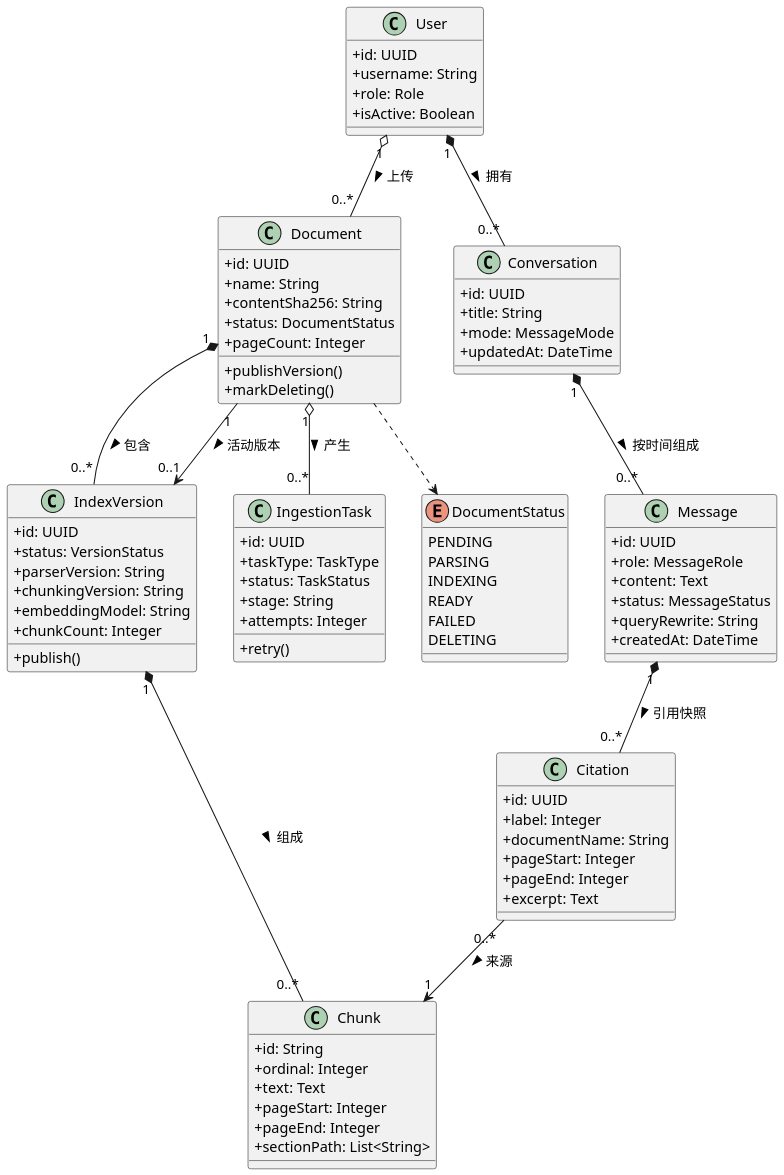
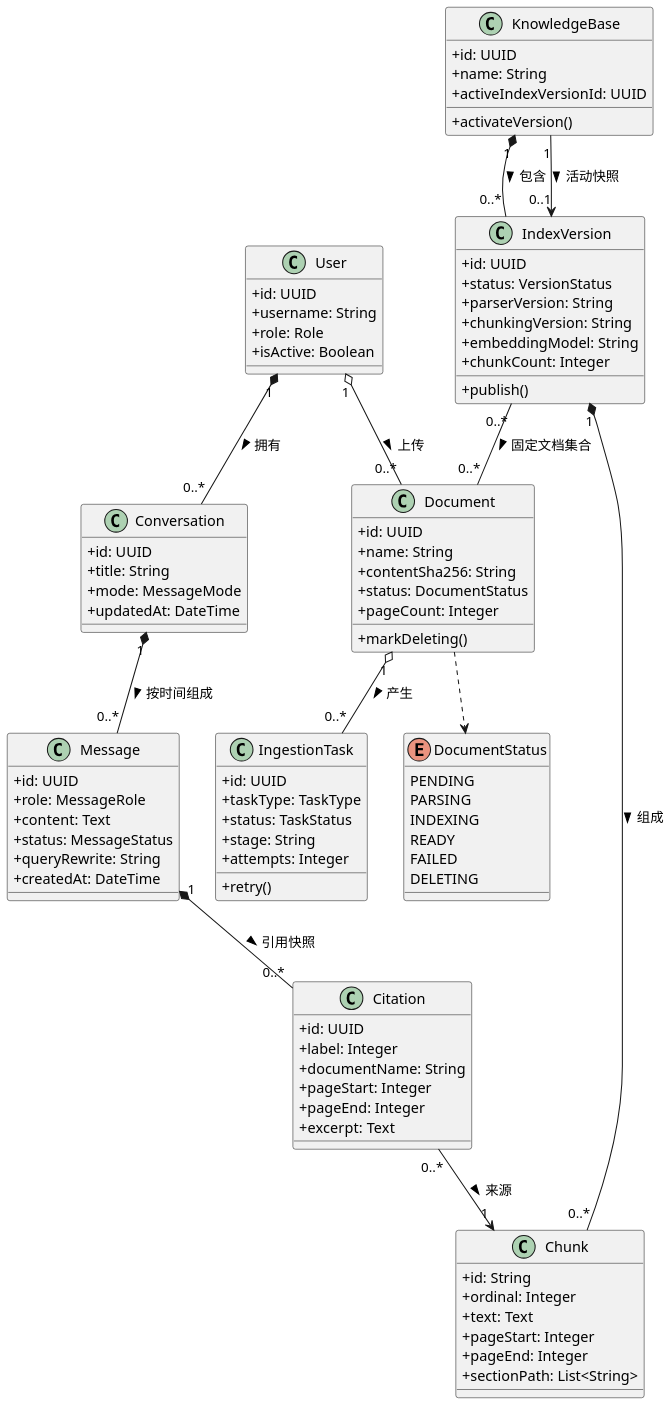
Before and after one commit to SWAlbert-0/Process-craft-rag: the diagram in docs/开发文档/uml/03-核心领域类图.puml, drawn with PlantUML. The commit also changed 8 other files, not shown here.

```diff
--- a/docs/开发文档/uml/03-核心领域类图.puml
+++ b/docs/开发文档/uml/03-核心领域类图.puml
@@ -1,86 +1,92 @@
 @startuml
 skinparam shadowing false
 skinparam defaultFontName "Microsoft YaHei"
 skinparam dpi 150
 skinparam classAttributeIconSize 0
 class User {
   +id: UUID
   +username: String
   +role: Role
   +isActive: Boolean
 }
 class Document {
   +id: UUID
   +name: String
   +contentSha256: String
   +status: DocumentStatus
   +pageCount: Integer
-  +publishVersion()
   +markDeleting()
+}
+class KnowledgeBase {
+  +id: UUID
+  +name: String
+  +activeIndexVersionId: UUID
+  +activateVersion()
 }
 class IndexVersion {
   +id: UUID
   +status: VersionStatus
   +parserVersion: String
   +chunkingVersion: String
   +embeddingModel: String
   +chunkCount: Integer
   +publish()
 }
 class Chunk {
   +id: String
   +ordinal: Integer
   +text: Text
   +pageStart: Integer
   +pageEnd: Integer
   +sectionPath: List<String>
 }
 class IngestionTask {
   +id: UUID
   +taskType: TaskType
   +status: TaskStatus
   +stage: String
   +attempts: Integer
   +retry()
 }
 class Conversation {
   +id: UUID
   +title: String
   +mode: MessageMode
   +updatedAt: DateTime
 }
 class Message {
   +id: UUID
   +role: MessageRole
   +content: Text
   +status: MessageStatus
   +queryRewrite: String
   +createdAt: DateTime
 }
 class Citation {
   +id: UUID
   +label: Integer
   +documentName: String
   +pageStart: Integer
   +pageEnd: Integer
   +excerpt: Text
 }
 enum DocumentStatus {
   PENDING
   PARSING
   INDEXING
   READY
   FAILED
   DELETING
 }
 User "1" o-- "0..*" Document : 上传 >
-Document "1" *-- "0..*" IndexVersion : 包含 >
-Document "1" --> "0..1" IndexVersion : 活动版本 >
+KnowledgeBase "1" *-- "0..*" IndexVersion : 包含 >
+KnowledgeBase "1" --> "0..1" IndexVersion : 活动快照 >
+IndexVersion "0..*" -- "0..*" Document : 固定文档集合 >
 Document ..> DocumentStatus
 Document "1" o-- "0..*" IngestionTask : 产生 >
 IndexVersion "1" *-- "0..*" Chunk : 组成 >
 User "1" *-- "0..*" Conversation : 拥有 >
 Conversation "1" *-- "0..*" Message : 按时间组成 >
 Message "1" *-- "0..*" Citation : 引用快照 >
 Citation "0..*" --> "1" Chunk : 来源 >
 @enduml
```
